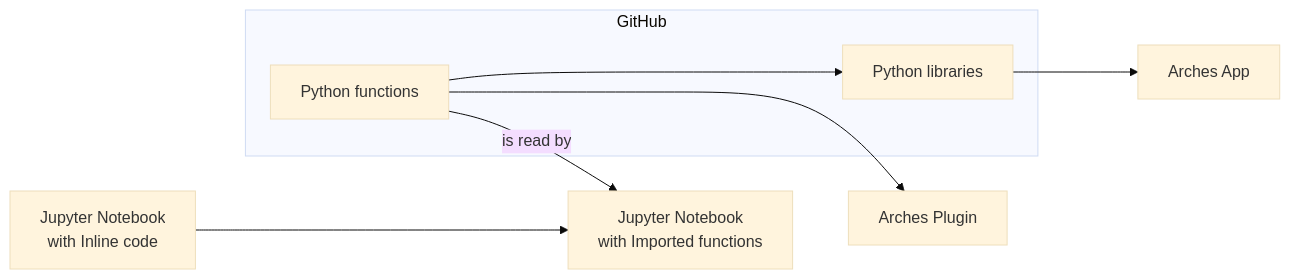
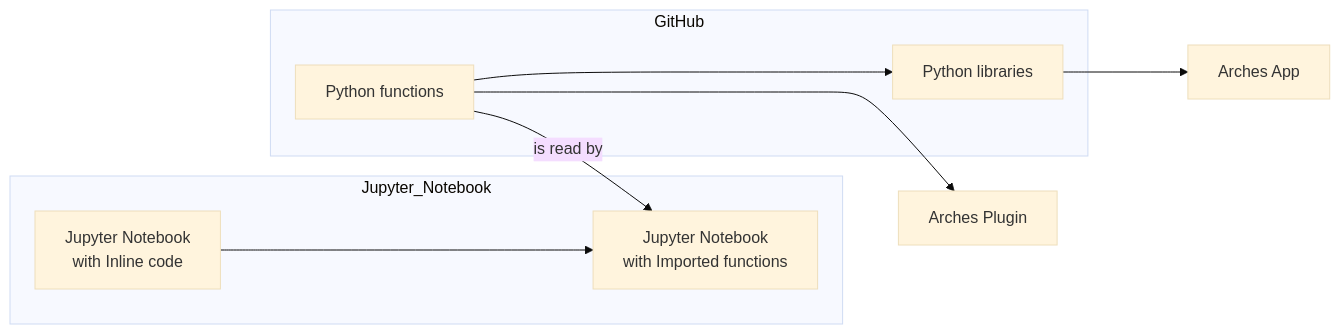
Before and after one commit to eamena-project/eamena-arches-dev: the second of 2 diagrams in talks/2025-eamena_db_training/README.md, drawn with Mermaid (base theme).

````diff
--- a/talks/2025-eamena_db_training/README.md
+++ b/talks/2025-eamena_db_training/README.md
@@ -57,18 +57,22 @@
 ```mermaid
 flowchart LR
 	A[Jupyter Notebook<br>with Inline code] ---> B[Jupyter Notebook<br>with Imported functions]
 	C[Python functions] -- is read by --> B
 	C ---> D[Arches Plugin]
 	C ---> E[Python libraries]
 	E ---> F[Arches App]
+	subgraph Jupyter_Notebook
+		A;
+		B;
+	end
 	subgraph GitHub
 		C;
 		E;
   	end
 
   click A "https://github.com/eamena-project/eamena-arches-dev/blob/main/dbs/database.eamena/data/reference_data/rm/hp/mds/mds-template.xlsx" _blank
   click B "https://github.com/eamena-project/eamena-arches-dev/blob/main/dbs/database.eamena/data/reference_data/rm/hp/mds/ref_hp_field_description.R" _blank
   click E "https://eamena-project.github.io/eamena-arches-dev/dbs/database.eamena/data/reference_data/rm/hp/mds/fields-description.html" _blank
   click F "https://eamena.org/advanced-use#rm-hp-fields" _blank
   
 ```
````
